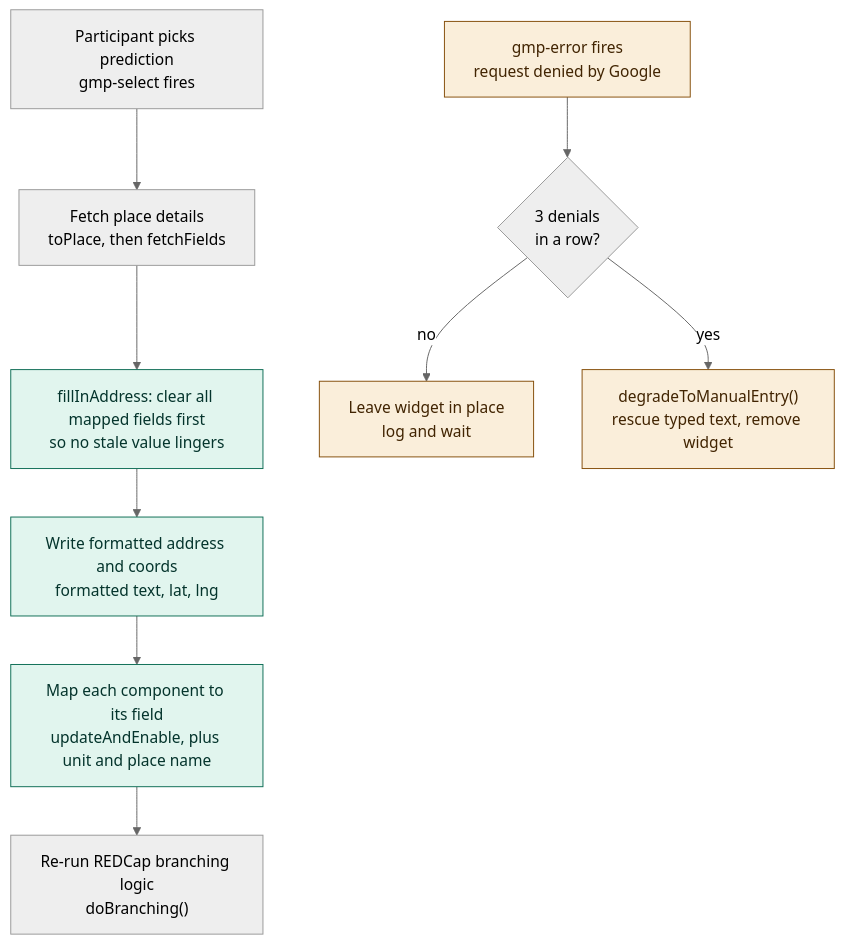
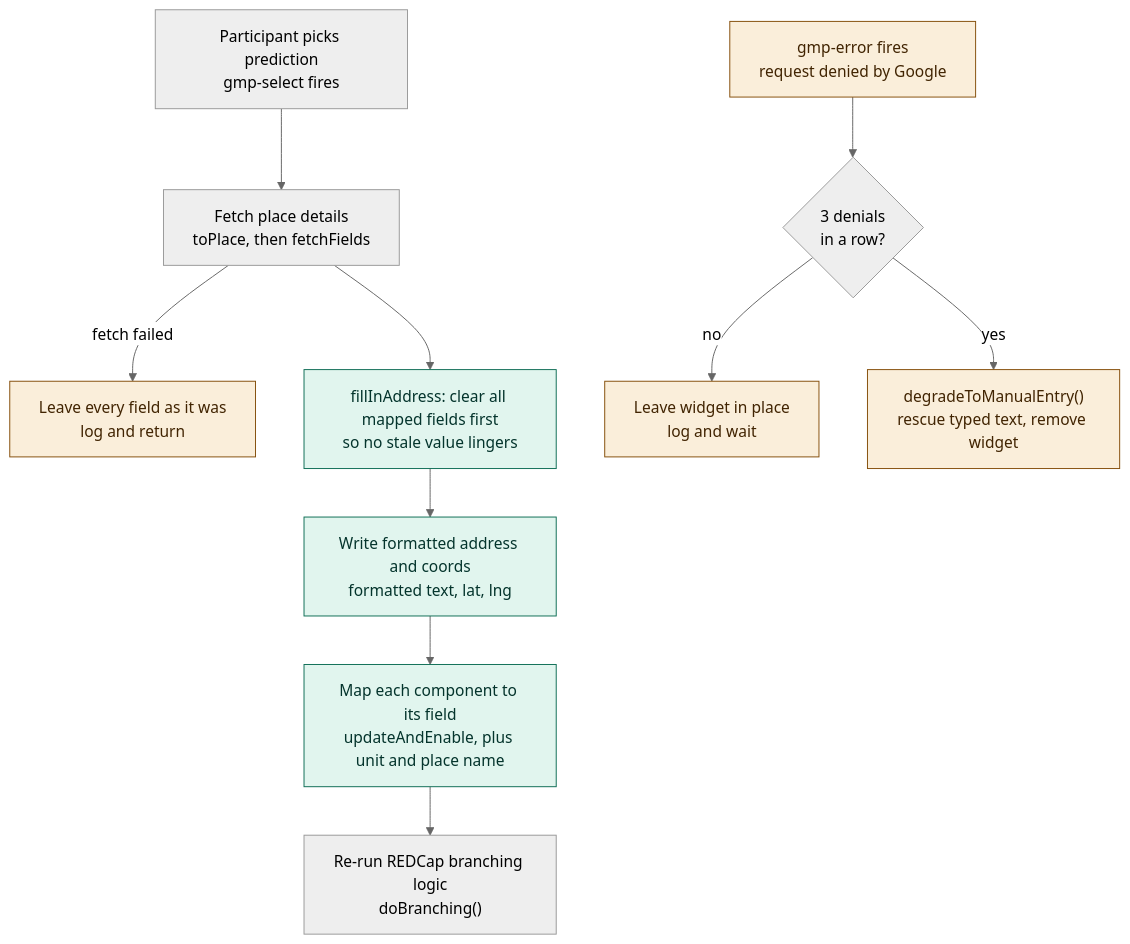
One commit to 274188A/google_address_autocomplete changed the third of 3 diagrams in docs/execution-flow.md. Above: the diagram before and after it, drawn with Mermaid (neutral theme). The commit also changed other lines of this file and 18 other files, not shown here.

````diff
--- a/docs/execution-flow.md
+++ b/docs/execution-flow.md
@@ -103,15 +103,16 @@
 ```mermaid
 flowchart TD
     A["Participant picks prediction<br/>gmp-select fires"] --> B["Fetch place details<br/>toPlace, then fetchFields"]
+    B -- fetch failed --> K["Leave every field as it was<br/>log and return"]:::degrade
     B --> C["fillInAddress: clear all mapped fields first<br/>so no stale value lingers"]:::ok
     C --> D["Write formatted address and coords<br/>formatted text, lat, lng"]:::ok
     D --> E["Map each component to its field<br/>updateAndEnable, plus unit and place name"]:::ok
     E --> F["Re-run REDCap branching logic<br/>doBranching()"]
 
     G["gmp-error fires<br/>request denied by Google"]:::degrade --> H{"3 denials<br/>in a row?"}
     H -- no --> I["Leave widget in place<br/>log and wait"]:::degrade
     H -- yes --> J["degradeToManualEntry()<br/>rescue typed text, remove widget"]:::degrade
 
     classDef ok fill:#e1f5ee,stroke:#0f6e56,color:#04342c;
     classDef degrade fill:#faeeda,stroke:#854f0b,color:#412402;
 ```
````
